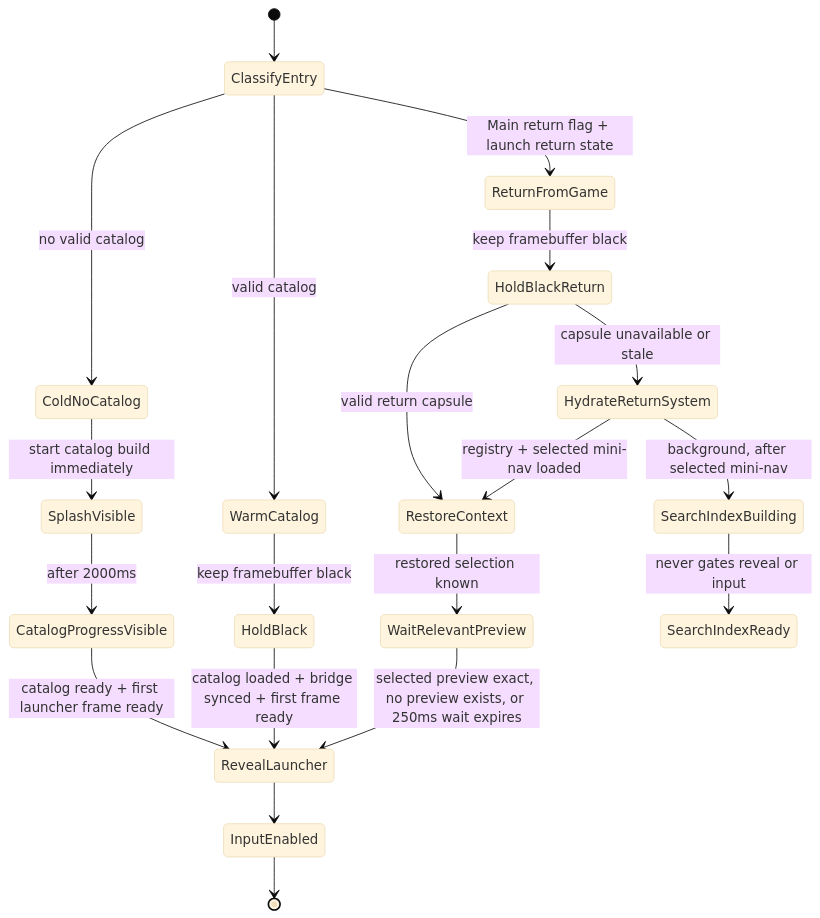
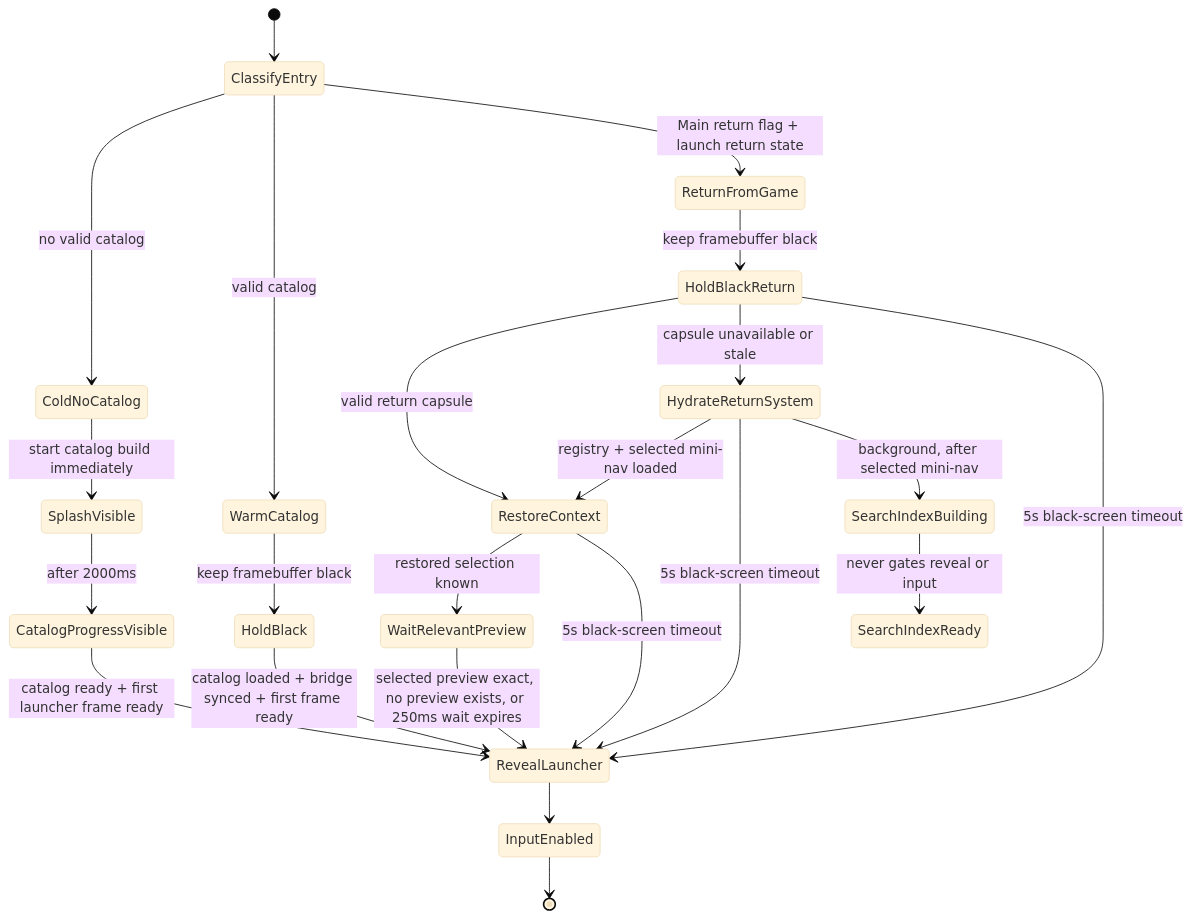
One commit to NigelBreslaw/MiSTer-MagiK changed the third of 4 diagrams in docs/architecture.md. Above: the diagram before and after it, drawn with Mermaid (base theme). The commit also changed other lines of this file and 2 other files, not shown here.

Commit message:
Guard game return black screen

````diff
--- a/docs/architecture.md
+++ b/docs/architecture.md
@@ -313,28 +313,31 @@
 ```mermaid
 stateDiagram-v2
     [*] --> ClassifyEntry
 
     ClassifyEntry --> ColdNoCatalog: no valid catalog
     ClassifyEntry --> WarmCatalog: valid catalog
     ClassifyEntry --> ReturnFromGame: Main return flag + launch return state
 
     ColdNoCatalog --> SplashVisible: start catalog build immediately
     SplashVisible --> CatalogProgressVisible: after 2000ms
     CatalogProgressVisible --> RevealLauncher: catalog ready + first launcher frame ready
 
     WarmCatalog --> HoldBlack: keep framebuffer black
     HoldBlack --> RevealLauncher: catalog loaded + bridge synced + first frame ready
 
     ReturnFromGame --> HoldBlackReturn: keep framebuffer black
     HoldBlackReturn --> RestoreContext: valid return capsule
     HoldBlackReturn --> HydrateReturnSystem: capsule unavailable or stale
+    HoldBlackReturn --> RevealLauncher: 5s black-screen timeout
     HydrateReturnSystem --> RestoreContext: registry + selected mini-nav loaded
+    HydrateReturnSystem --> RevealLauncher: 5s black-screen timeout
     RestoreContext --> WaitRelevantPreview: restored selection known
+    RestoreContext --> RevealLauncher: 5s black-screen timeout
     WaitRelevantPreview --> RevealLauncher: selected preview exact, no preview exists, or 250ms wait expires
 
     HydrateReturnSystem --> SearchIndexBuilding: background, after selected mini-nav
     SearchIndexBuilding --> SearchIndexReady: never gates reveal or input
 
     RevealLauncher --> InputEnabled
     InputEnabled --> [*]
 ```
````
